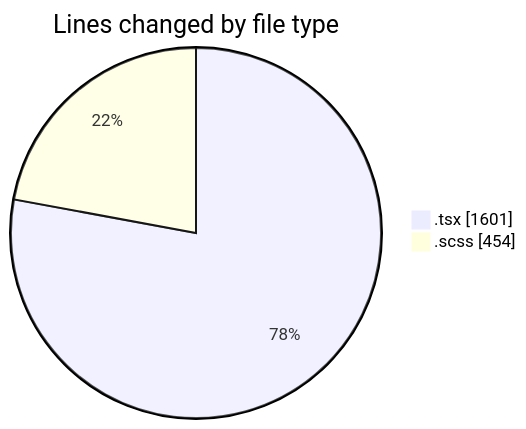
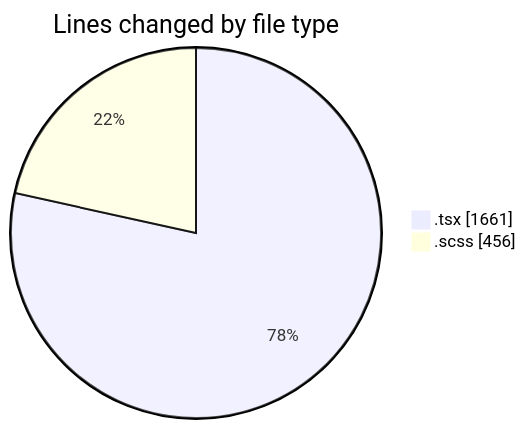
Before and after one commit to momahboobian/code-tracking: the first of 2 diagrams in 2025-04-10/cda/README.md, drawn with Mermaid. The commit also changed other lines of this file and 1 other file, not shown here.

````diff
--- a/2025-04-10/cda/README.md
+++ b/2025-04-10/cda/README.md
@@ -24,6 +24,6 @@
 ```mermaid
 pie showData
 title Lines changed by file type
-".tsx" : 1601
-".scss" : 454
+".tsx" : 1661
+".scss" : 456
 ```
````
